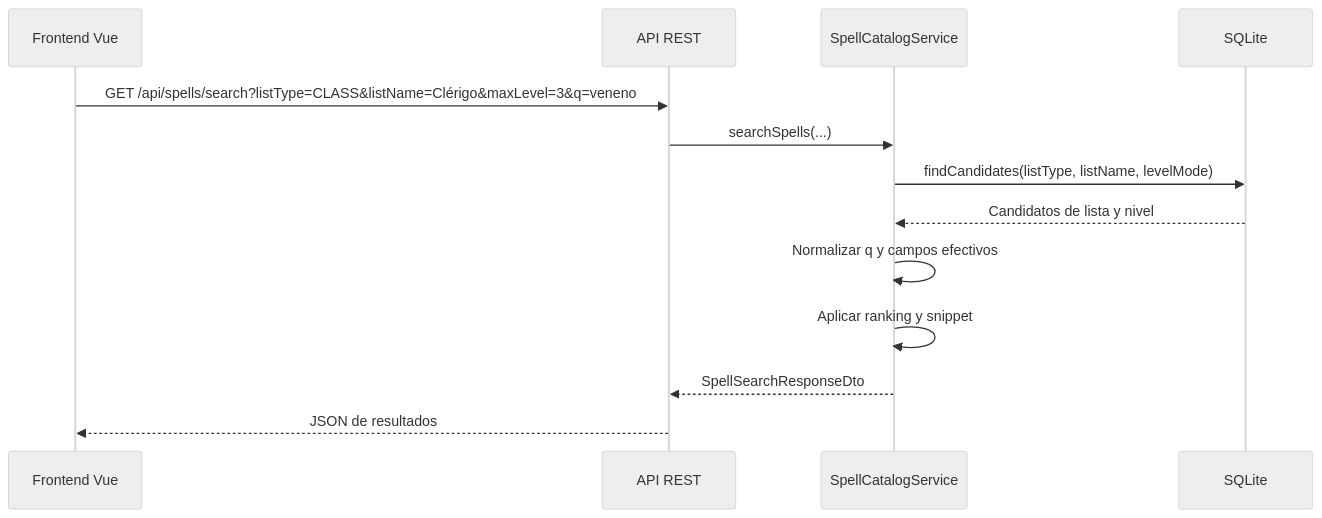
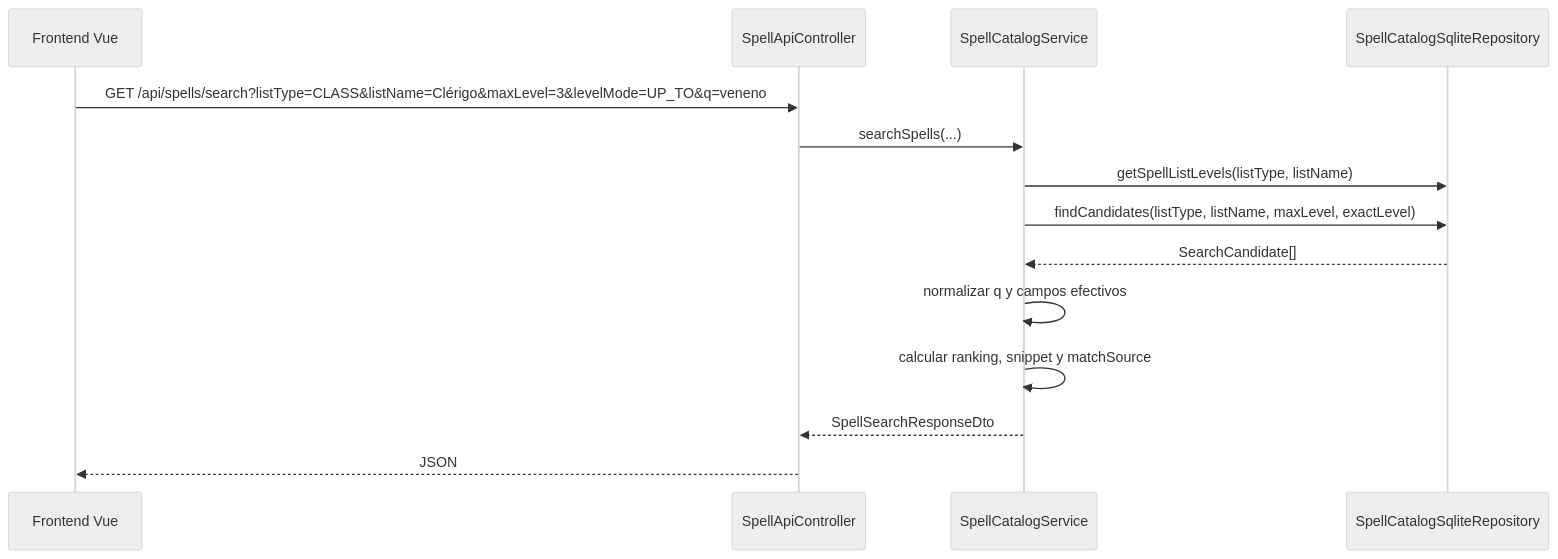
The ninth of 18 diagrams in docs/09-diagramas-flujos-secuencia.md (albertinizao/Grimorio-Pathfinder), drawn with Mermaid (neutral theme) before and after one commit. The commit also changed other lines of this file, not shown here.

Commit message:
Expand architecture and flow diagrams documentation

````diff
--- a/docs/09-diagramas-flujos-secuencia.md
+++ b/docs/09-diagramas-flujos-secuencia.md
@@ -45,16 +205,17 @@
 ```mermaid
 sequenceDiagram
   participant UI as Frontend Vue
-  participant API as API REST
-  participant Cat as SpellCatalogService
-  participant DB as SQLite
+  participant API as SpellApiController
+  participant Service as SpellCatalogService
+  participant DB as SpellCatalogSqliteRepository
 
-  UI->>API: GET /api/spells/search?listType=CLASS&listName=Clérigo&maxLevel=3&q=veneno
-  API->>Cat: searchSpells(...)
-  Cat->>DB: findCandidates(listType, listName, levelMode)
-  DB-->>Cat: Candidatos de lista y nivel
-  Cat->>Cat: Normalizar q y campos efectivos
-  Cat->>Cat: Aplicar ranking y snippet
-  Cat-->>API: SpellSearchResponseDto
-  API-->>UI: JSON de resultados
+  UI->>API: GET /api/spells/search?listType=CLASS&listName=Clérigo&maxLevel=3&levelMode=UP_TO&q=veneno
+  API->>Service: searchSpells(...)
+  Service->>DB: getSpellListLevels(listType, listName)
+  Service->>DB: findCandidates(listType, listName, maxLevel, exactLevel)
+  DB-->>Service: SearchCandidate[]
+  Service->>Service: normalizar q y campos efectivos
+  Service->>Service: calcular ranking, snippet y matchSource
+  Service-->>API: SpellSearchResponseDto
+  API-->>UI: JSON
 ```
````
